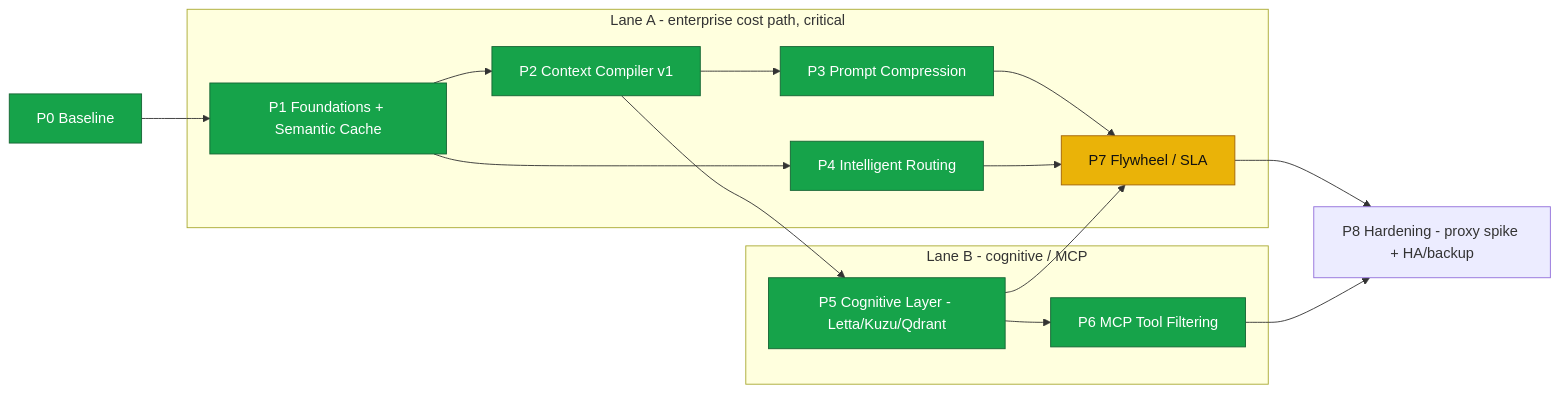
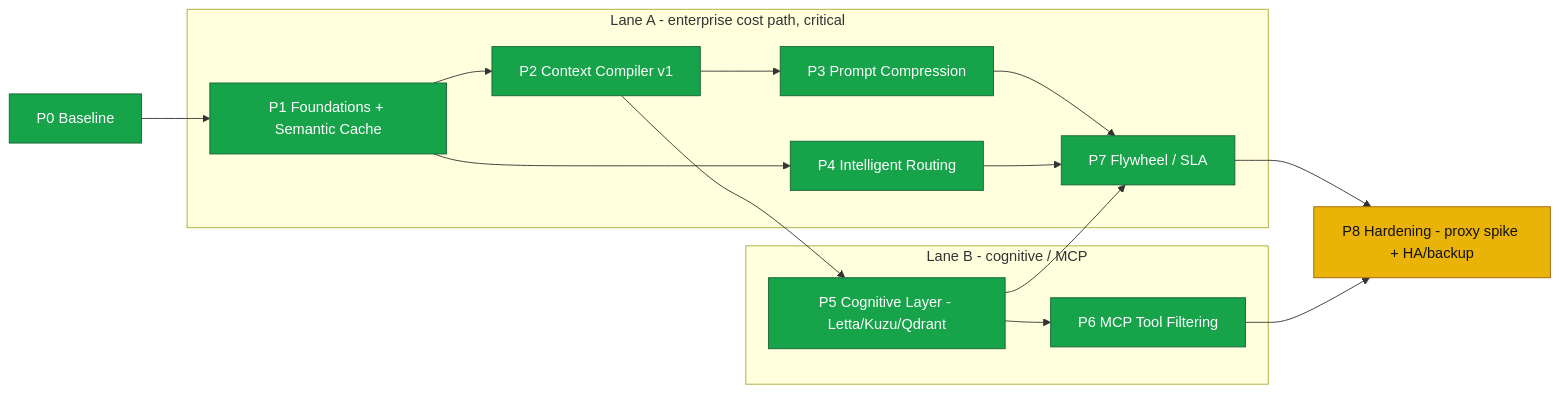
Before and after one commit to avs6/runledger-community: the second of 2 diagrams in docs/optimization/SPEC-AND-ROADMAP.md, drawn with Mermaid. The commit also changed other lines of this file and 34 other files, not shown here.

````diff
--- a/docs/optimization/SPEC-AND-ROADMAP.md
+++ b/docs/optimization/SPEC-AND-ROADMAP.md
@@ -404,26 +409,26 @@
 ```mermaid
 graph LR
   P0[P0 Baseline] --> P1[P1 Foundations + Semantic Cache]
   P1 --> P2[P2 Context Compiler v1]
 
   subgraph laneA [Lane A - enterprise cost path, critical]
     P2 --> P3[P3 Prompt Compression]
     P1 --> P4[P4 Intelligent Routing]
     P3 --> P7[P7 Flywheel / SLA]
     P4 --> P7
   end
 
   subgraph laneB [Lane B - cognitive / MCP]
     P2 --> P5[P5 Cognitive Layer - Letta/Kuzu/Qdrant]
     P5 --> P6[P6 MCP Tool Filtering]
   end
 
   P5 --> P7
   P7 --> P8[P8 Hardening - proxy spike + HA/backup]
   P6 --> P8
 
   classDef done fill:#16a34a,stroke:#166534,color:#fff;
   classDef next fill:#eab308,stroke:#a16207,color:#111;
-  class P0,P1,P2,P3,P4,P5,P6 done;
-  class P7 next;
+  class P0,P1,P2,P3,P4,P5,P6,P7 done;
+  class P8 next;
 ```
````
